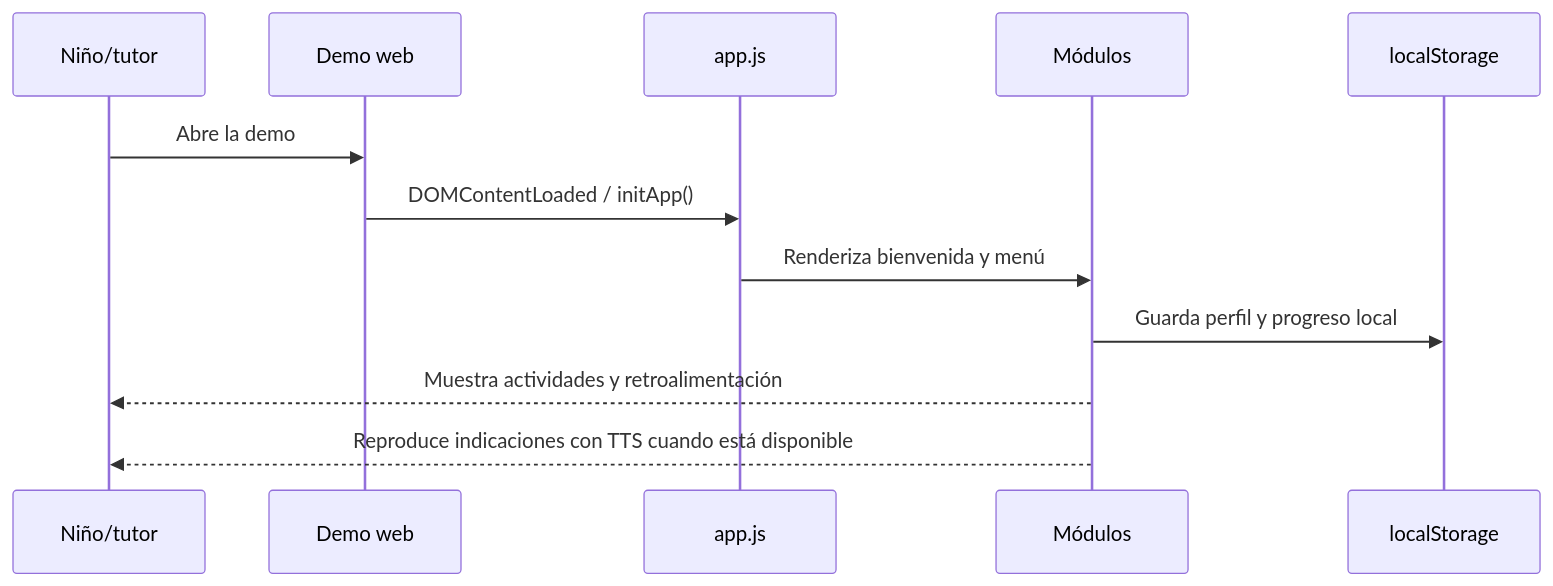
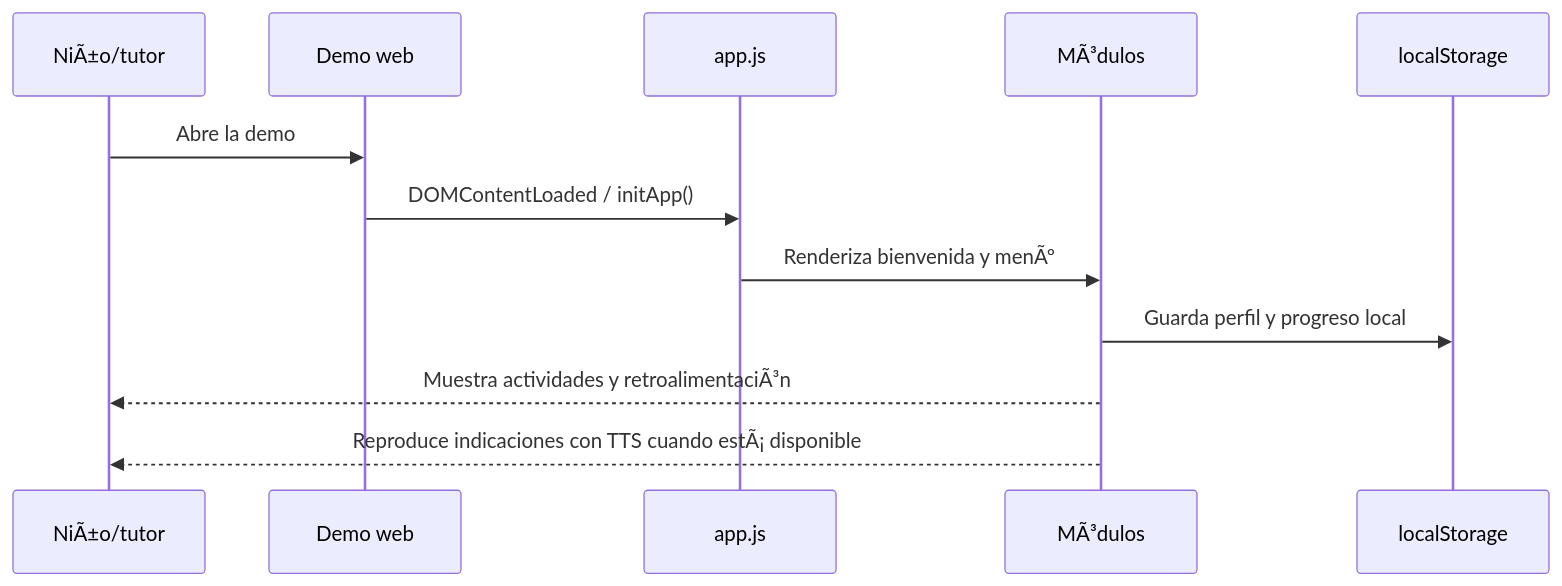
The second of 4 diagrams in README.md (gproatechnology/GProA_SAIyDD), drawn with Mermaid before and after one commit. The commit also changed other lines of this file and 2 other files, not shown here.

Commit message:
docs(security): complete item 8 (8.1-8.6) review + add secrets.example + update roadmap

````diff
--- a/README.md
+++ b/README.md
@@ -47,15 +47,15 @@
 ```mermaid
 sequenceDiagram
-    participant N as Niño/tutor
+    participant N as NiÃ±o/tutor
     participant W as Demo web
     participant A as app.js
-    participant M as Módulos
+    participant M as MÃ³dulos
     participant S as localStorage
 
     N->>W: Abre la demo
     W->>A: DOMContentLoaded / initApp()
-    A->>M: Renderiza bienvenida y menú
+    A->>M: Renderiza bienvenida y menÃº
     M->>S: Guarda perfil y progreso local
-    M-->>N: Muestra actividades y retroalimentación
-    M-->>N: Reproduce indicaciones con TTS cuando está disponible
+    M-->>N: Muestra actividades y retroalimentaciÃ³n
+    M-->>N: Reproduce indicaciones con TTS cuando estÃ¡ disponible
 ```
````
